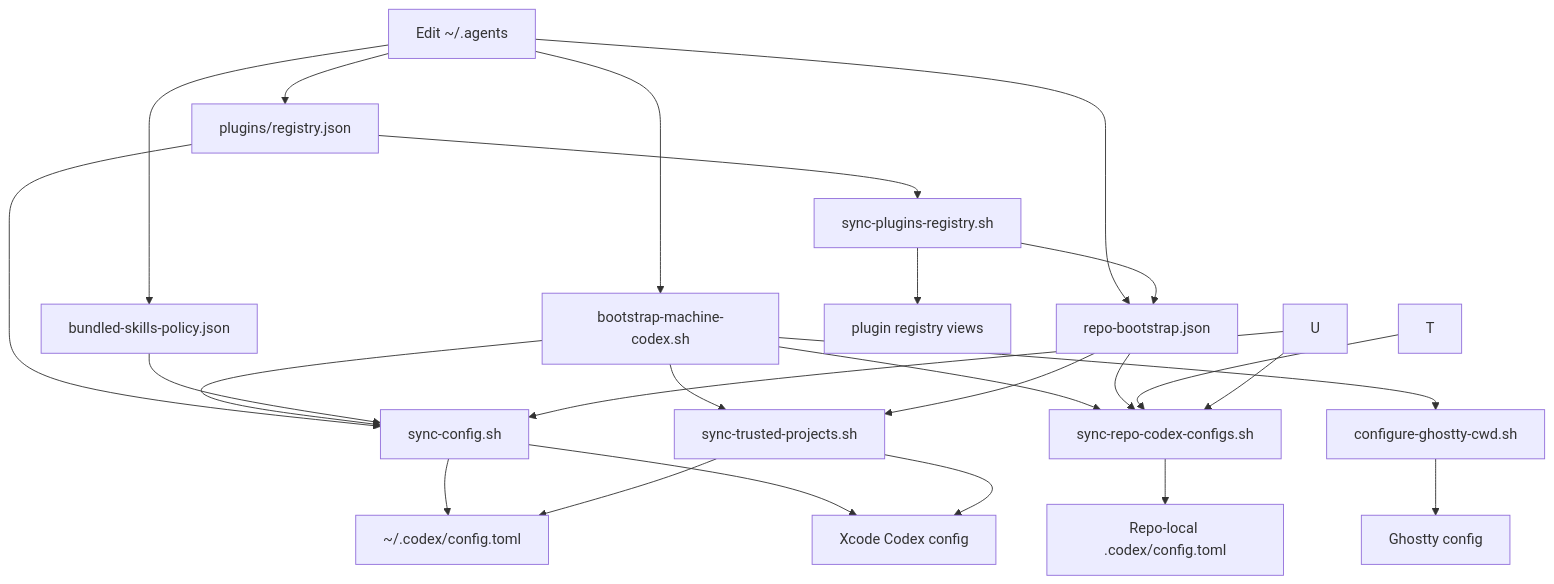
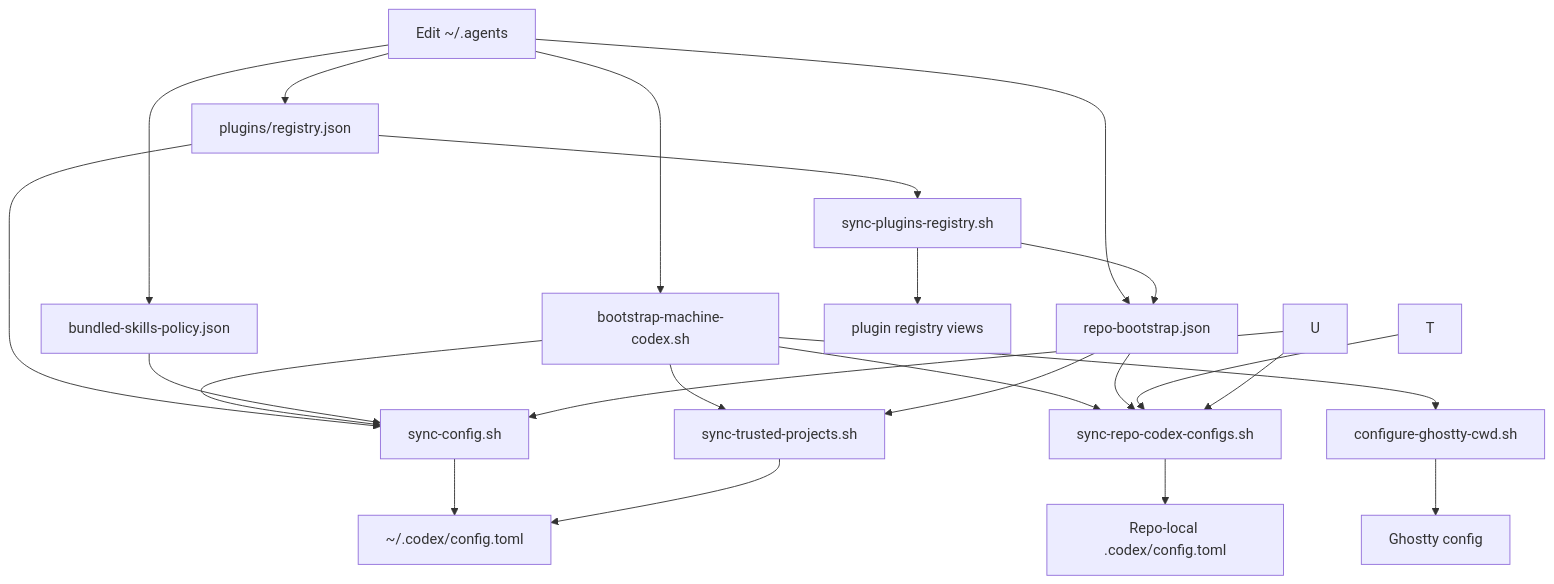
One commit to wisdom-in-a-nutshell/.agents changed the second of 3 diagrams in docs/architecture/codex-control-plane.md. Above: the diagram before and after it, drawn with Mermaid. The commit also changed other lines of this file and 36 other files, not shown here.

````diff
--- a/docs/architecture/codex-control-plane.md
+++ b/docs/architecture/codex-control-plane.md
@@ -40,27 +40,25 @@
 ```mermaid
 flowchart TD
     A[Edit ~/.agents] --> B[bootstrap-machine-codex.sh]
     A --> P[plugins/registry.json]
     A --> R[repo-bootstrap.json]
     P --> Q[sync-plugins-registry.sh]
     P --> C
     A --> V[bundled-skills-policy.json]
     B --> C[sync-config.sh]
     B --> D[sync-trusted-projects.sh]
     B --> E[sync-repo-codex-configs.sh]
     B --> F[configure-ghostty-cwd.sh]
     Q --> K[plugin registry views]
     Q --> R
     C --> G[~/.codex/config.toml]
-    C --> H[Xcode Codex config]
     V --> C
     R --> D
     R --> E
     T --> E
     U --> C
     U --> E
     D --> G
-    D --> H
     E --> I[Repo-local .codex/config.toml]
     F --> J[Ghostty config]
 ```
````
